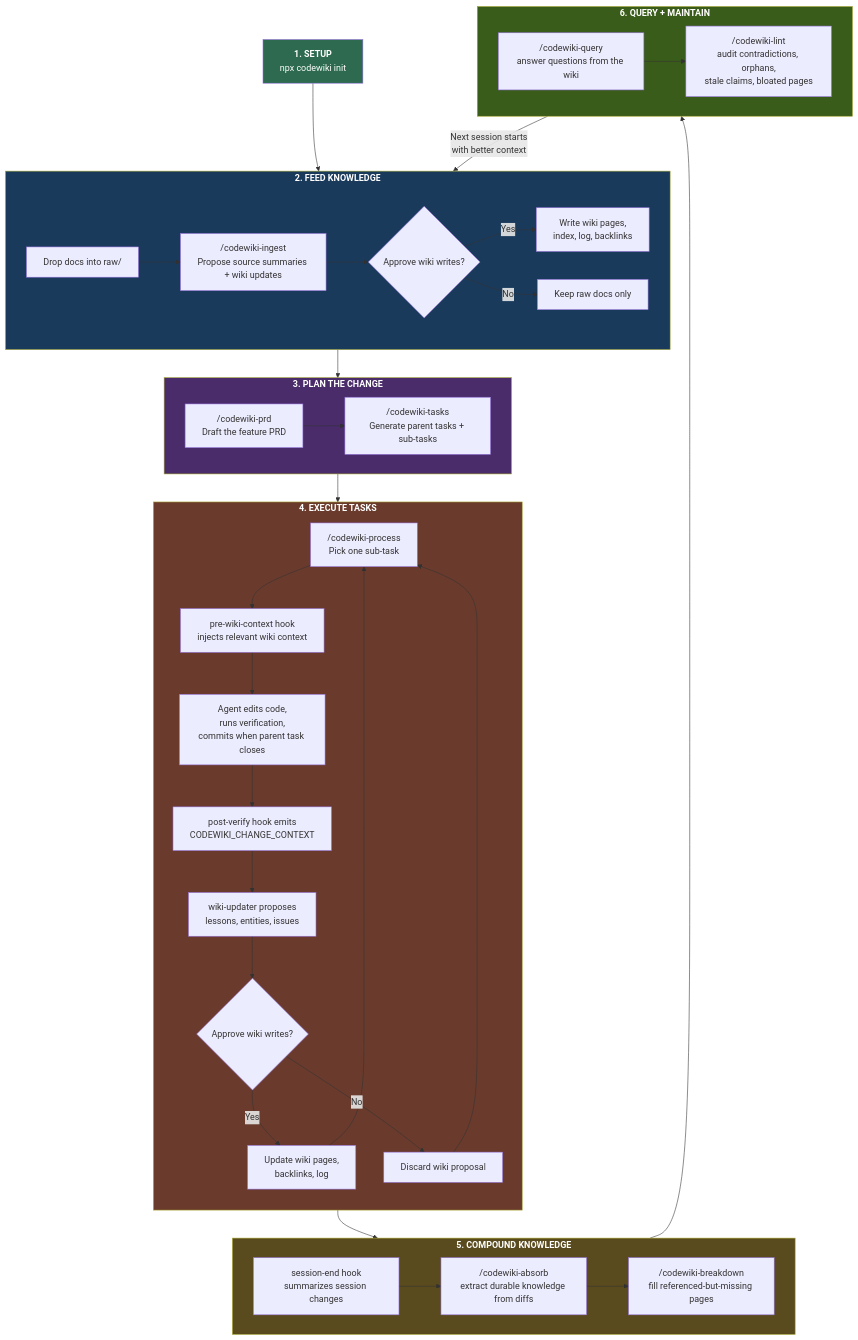
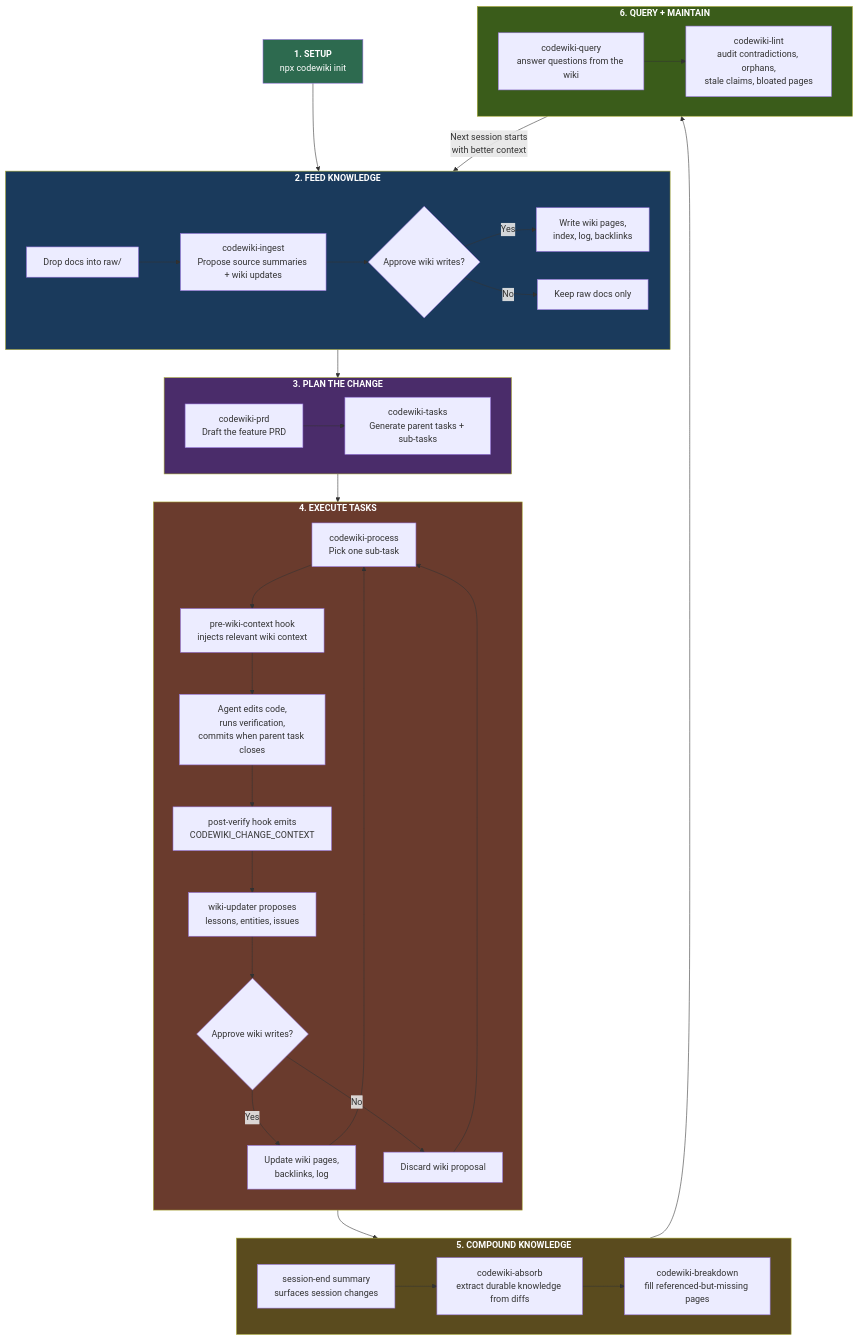
The first of 2 diagrams in README.md (giuice/CodeWiki), drawn with Mermaid before and after one commit. The commit also changed other lines of this file and 66 other files, not shown here.

````diff
--- a/README.md
+++ b/README.md
@@ -17,58 +23,58 @@
 ```mermaid
 flowchart TD
   Init["<b>1. SETUP</b><br/>npx codewiki init"] --> Feed
 
   subgraph Feed["<b>2. FEED KNOWLEDGE</b>"]
     direction LR
-    F1["Drop docs into raw/"] --> F2["/codewiki-ingest<br/>Propose source summaries + wiki updates"]
+    F1["Drop docs into raw/"] --> F2["codewiki-ingest<br/>Propose source summaries + wiki updates"]
     F2 --> F3{"Approve wiki writes?"}
     F3 -- "Yes" --> F4["Write wiki pages,<br/>index, log, backlinks"]
     F3 -- "No" --> F5["Keep raw docs only"]
   end
 
   Feed --> Plan
 
   subgraph Plan["<b>3. PLAN THE CHANGE</b>"]
     direction LR
-    P1["/codewiki-prd<br/>Draft the feature PRD"] --> P2["/codewiki-tasks<br/>Generate parent tasks + sub-tasks"]
+    P1["codewiki-prd<br/>Draft the feature PRD"] --> P2["codewiki-tasks<br/>Generate parent tasks + sub-tasks"]
   end
 
   Plan --> Build
 
   subgraph Build["<b>4. EXECUTE TASKS</b>"]
     direction TB
-    B1["/codewiki-process<br/>Pick one sub-task"] --> B2["pre-wiki-context hook<br/>injects relevant wiki context"]
+    B1["codewiki-process<br/>Pick one sub-task"] --> B2["pre-wiki-context hook<br/>injects relevant wiki context"]
     B2 --> B3["Agent edits code,<br/>runs verification,<br/>commits when parent task closes"]
     B3 --> B4["post-verify hook emits<br/>CODEWIKI_CHANGE_CONTEXT"]
     B4 --> B5["wiki-updater proposes<br/>lessons, entities, issues"]
     B5 --> B6{"Approve wiki writes?"}
     B6 -- "Yes" --> B7["Update wiki pages,<br/>backlinks, log"]
     B6 -- "No" --> B8["Discard wiki proposal"]
     B7 --> B1
     B8 --> B1
   end
 
   Build --> Compound
 
   subgraph Compound["<b>5. COMPOUND KNOWLEDGE</b>"]
     direction LR
-    C1["session-end hook<br/>summarizes session changes"] --> C2["/codewiki-absorb<br/>extract durable knowledge from diffs"]
-    C2 --> C3["/codewiki-breakdown<br/>fill referenced-but-missing pages"]
+    C1["session-end summary<br/>surfaces session changes"] --> C2["codewiki-absorb<br/>extract durable knowledge from diffs"]
+    C2 --> C3["codewiki-breakdown<br/>fill referenced-but-missing pages"]
   end
 
   Compound --> Maintain
 
   subgraph Maintain["<b>6. QUERY + MAINTAIN</b>"]
     direction LR
-    M1["/codewiki-query<br/>answer questions from the wiki"] --> M2["/codewiki-lint<br/>audit contradictions, orphans,<br/>stale claims, bloated pages"]
+    M1["codewiki-query<br/>answer questions from the wiki"] --> M2["codewiki-lint<br/>audit contradictions, orphans,<br/>stale claims, bloated pages"]
   end
 
   Maintain -->|"Next session starts<br/>with better context"| Feed
 
   style Init fill:#2d6a4f,color:#fff
   style Feed fill:#1a3a5c,color:#fff
   style Plan fill:#4a2c6a,color:#fff
   style Build fill:#6a3b2d,color:#fff
   style Compound fill:#5a4b1e,color:#fff
   style Maintain fill:#3a5c1a,color:#fff
 ```
````
